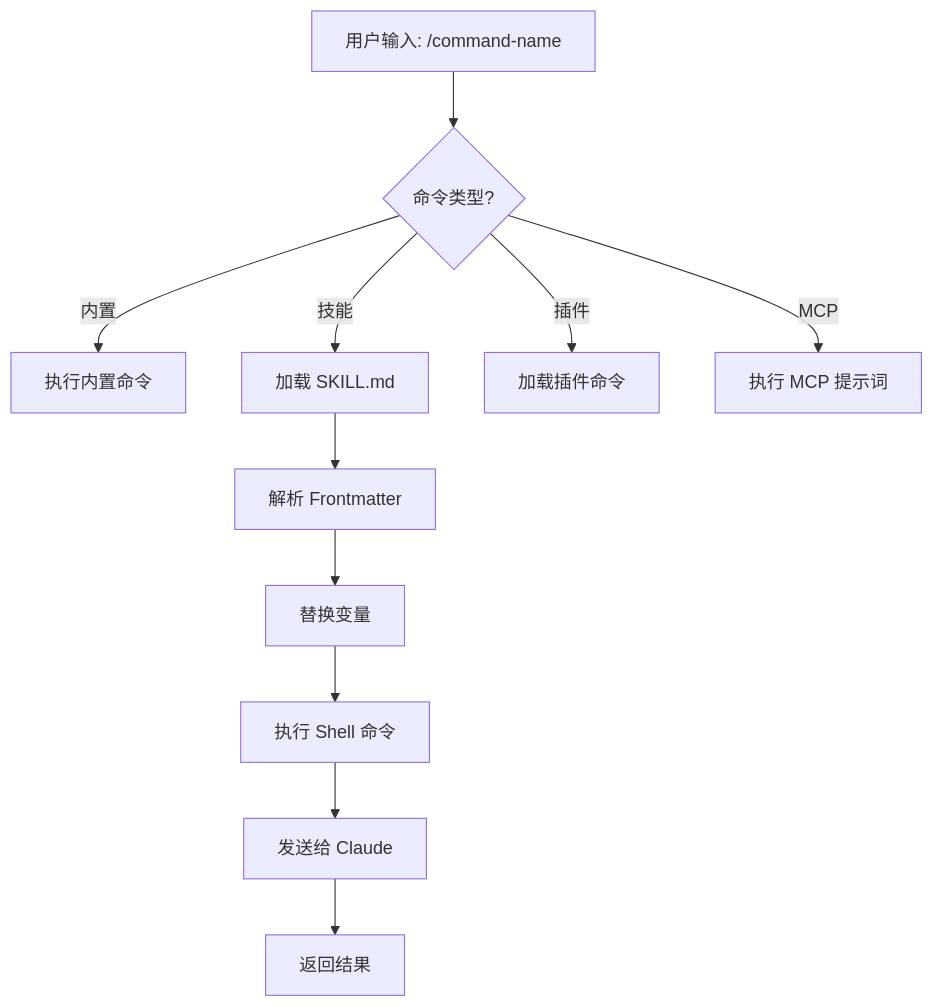
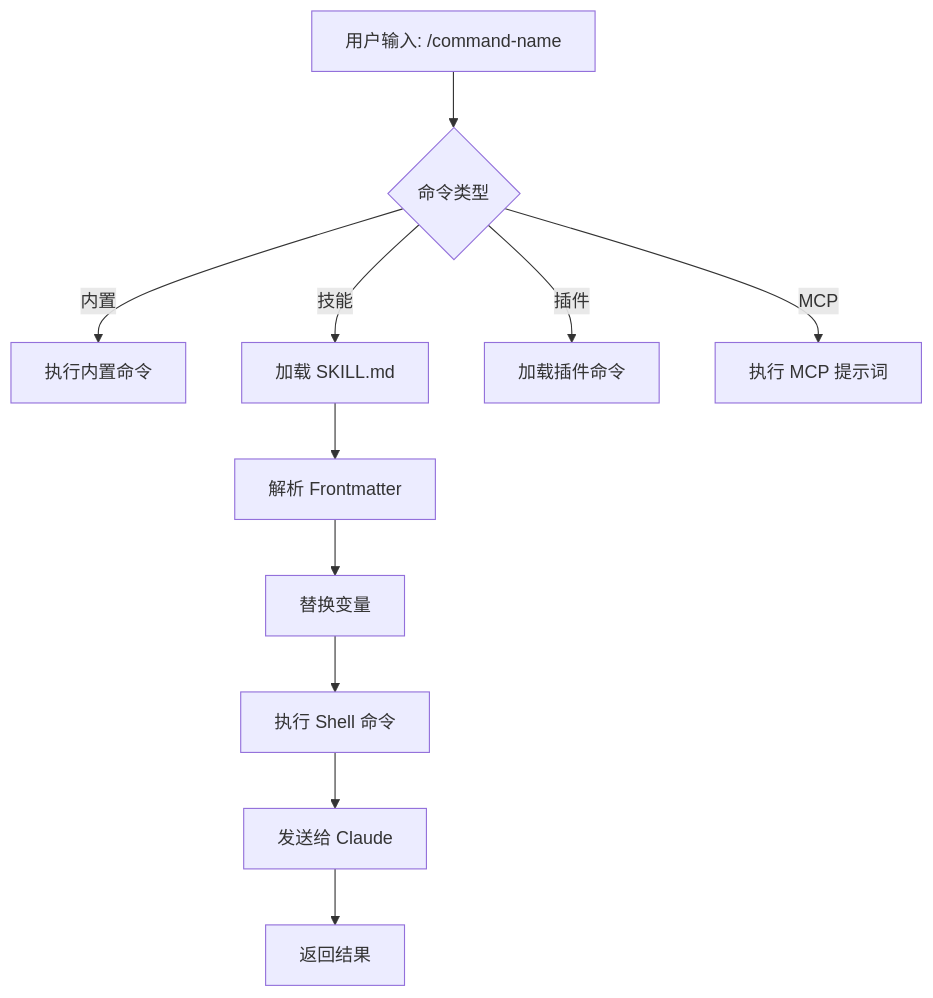
Before and after one commit to Rx782-Fss/claude-howto-zh: the first of 2 diagrams in 01-slash-commands/README.md, drawn with Mermaid. The commit also changed 1 other file, not shown here.

Commit message:
fix: 移除菱形节点中的 ? 特殊字符避免 GitHub Mermaid 解析错误

````diff
--- a/01-slash-commands/README.md
+++ b/01-slash-commands/README.md
@@ -298,14 +298,14 @@
 ```mermaid
 graph TD
-    A["用户输入: /command-name"] --> B{"命令类型?"}
+    A["用户输入: /command-name"] --> B{"命令类型"}
     B -->|内置| C["执行内置命令"]
     B -->|技能| D["加载 SKILL.md"]
     B -->|插件| E["加载插件命令"]
     B -->|MCP| F["执行 MCP 提示词"]
 
     D --> G["解析 Frontmatter"]
     G --> H["替换变量"]
     H --> I["执行 Shell 命令"]
     I --> J["发送给 Claude"]
     J --> K["返回结果"]
 ```
````
